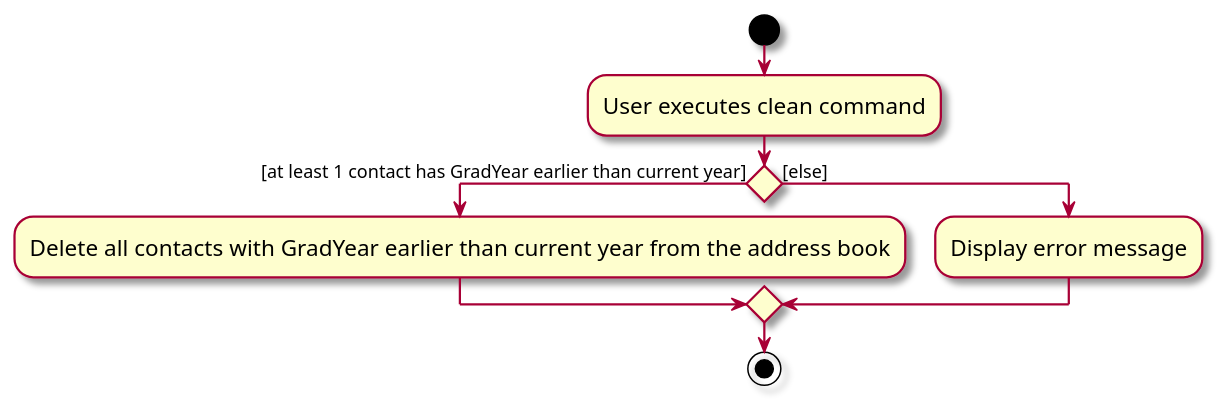
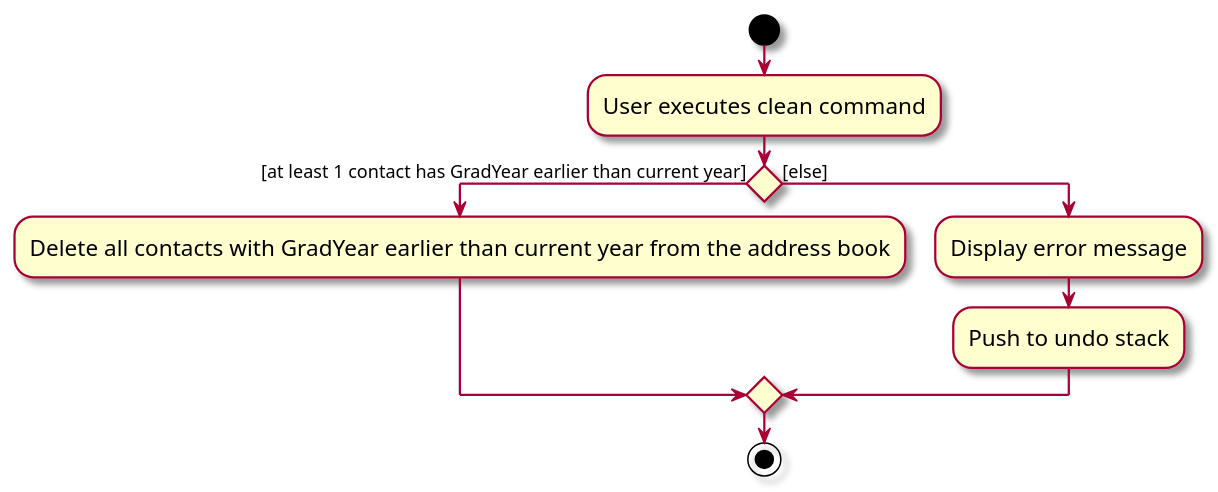
Before and after one commit to lancehaha/tp: the diagram in diagrams/CleanActivityDiagram.puml, drawn with PlantUML. The commit also changed 36 other files, not shown here.

```diff
--- a/diagrams/CleanActivityDiagram.puml
+++ b/diagrams/CleanActivityDiagram.puml
@@ -1,18 +1,19 @@
 @startuml
 skin rose
 skinparam ActivityFontSize 15
 skinparam ArrowFontSize 12
 start
 :User executes clean command;
 
 'Since the beta syntax does not support placing the condition outside the
 'diamond we place it as the true branch instead.
 
 if () then ([at least 1 contact has GradYear earlier than current year])
     :Delete all contacts with GradYear earlier than current year from the address book;
 else ([else])
     :Display error message;
+    :Push to undo stack;
 
 endif
 stop
 @enduml
```
